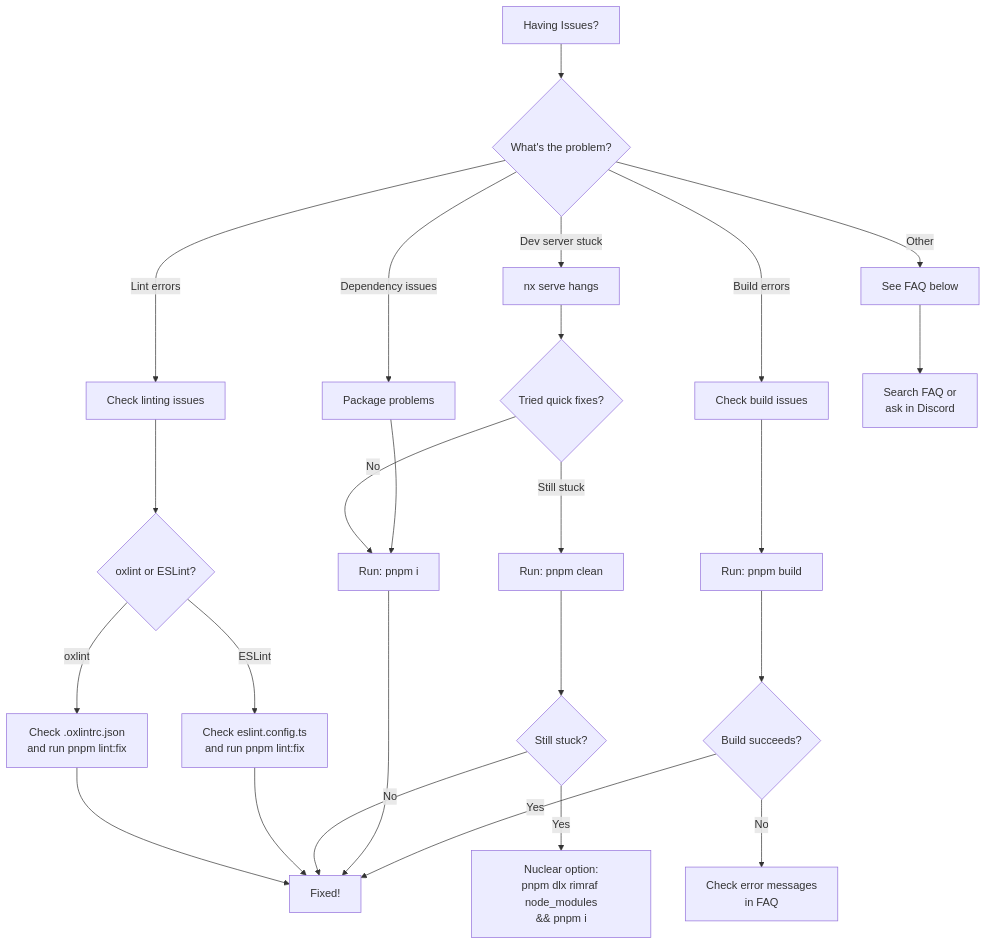
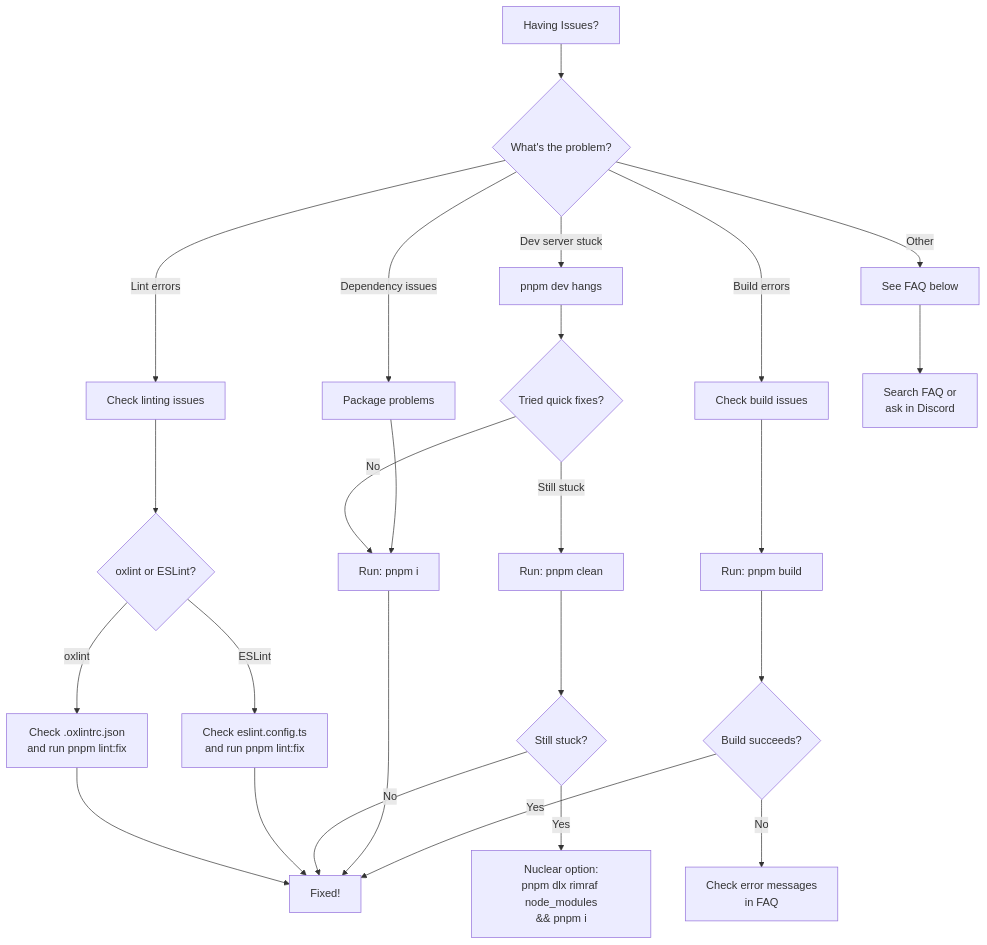
The diagram in TROUBLESHOOTING.md (Comfy-Org/ComfyUI_frontend), drawn with Mermaid before and after one commit. The commit also changed other lines of this file and 20 other files, not shown here.

````diff
--- a/TROUBLESHOOTING.md
+++ b/TROUBLESHOOTING.md
@@ -7,32 +7,32 @@
 ```mermaid
 flowchart TD
     A[Having Issues?] --> B{What's the problem?}
-    B -->|Dev server stuck| C[nx serve hangs]
+    B -->|Dev server stuck| C[pnpm dev hangs]
     B -->|Build errors| D[Check build issues]
     B -->|Lint errors| Q[Check linting issues]
     B -->|Dependency issues| E[Package problems]
     B -->|Other| F[See FAQ below]
 
     Q --> R{oxlint or ESLint?}
     R -->|oxlint| S[Check .oxlintrc.json<br/>and run pnpm lint:fix]
     R -->|ESLint| T[Check eslint.config.ts<br/>and run pnpm lint:fix]
     S --> L
     T --> L
 
     C --> G{Tried quick fixes?}
     G -->|No| H[Run: pnpm i]
     G -->|Still stuck| I[Run: pnpm clean]
     I --> J{Still stuck?}
     J -->|Yes| K[Nuclear option:<br/>pnpm dlx rimraf node_modules<br/>&& pnpm i]
     J -->|No| L[Fixed!]
     H --> L
 
     D --> M[Run: pnpm build]
     M --> N{Build succeeds?}
     N -->|No| O[Check error messages<br/>in FAQ]
     N -->|Yes| L
 
     E --> H
 
     F --> P[Search FAQ or<br/>ask in Discord]
 ```
````
